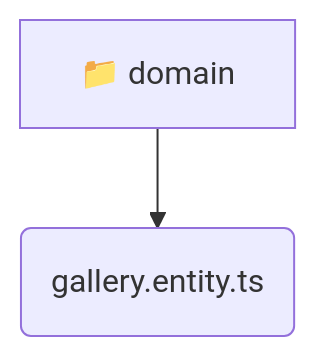
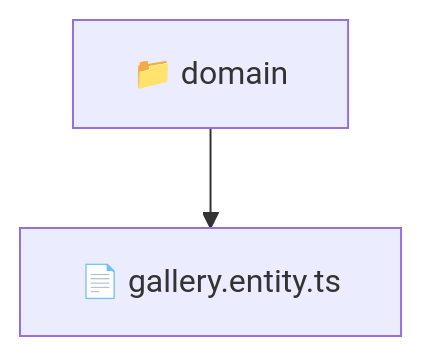
Before and after one commit to beginwebdev2002/fullstack-mavluda: the diagram in backend/src/modules/gallery/domain/README.md, drawn with Mermaid. The commit also changed other lines of this file and 163 other files, not shown here.

````diff
--- a/backend/src/modules/gallery/domain/README.md
+++ b/backend/src/modules/gallery/domain/README.md
@@ -9,5 +10,5 @@
 ```mermaid
 graph TD
-  domain[📁 domain]
-  domain --> domain_gallery_entity_ts(gallery.entity.ts)
+  Root["📁 domain"]
+  Root --> galleryentityts["📄 gallery.entity.ts"]
 ```
````
